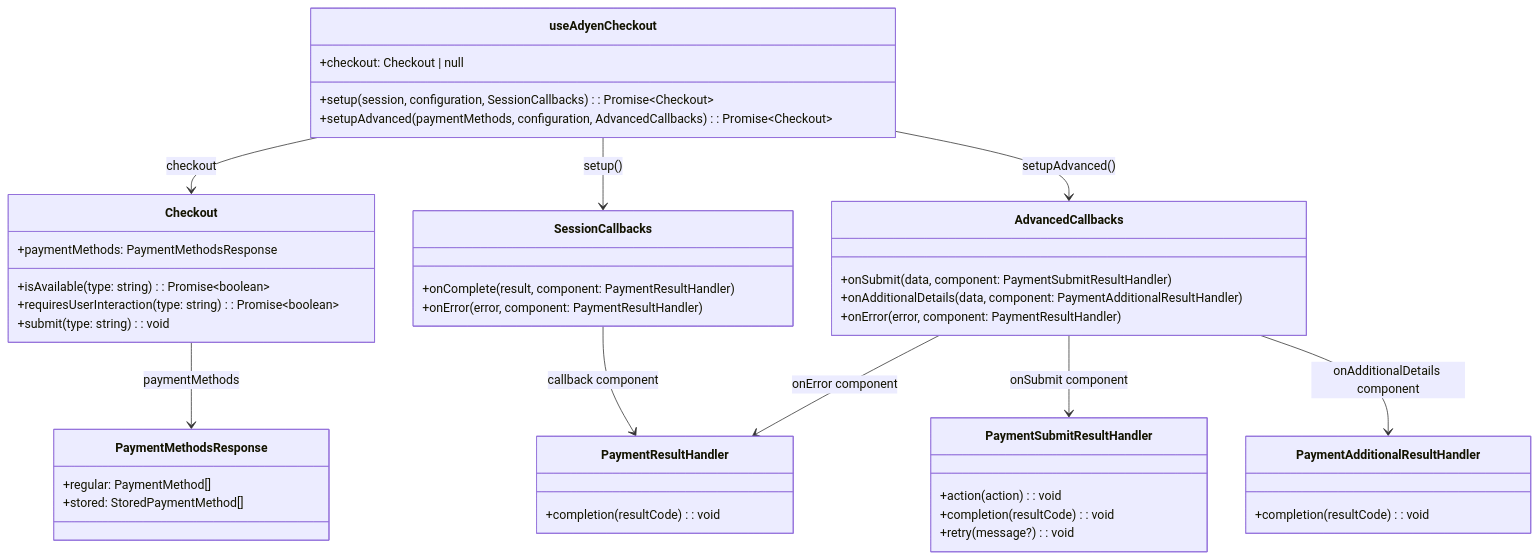
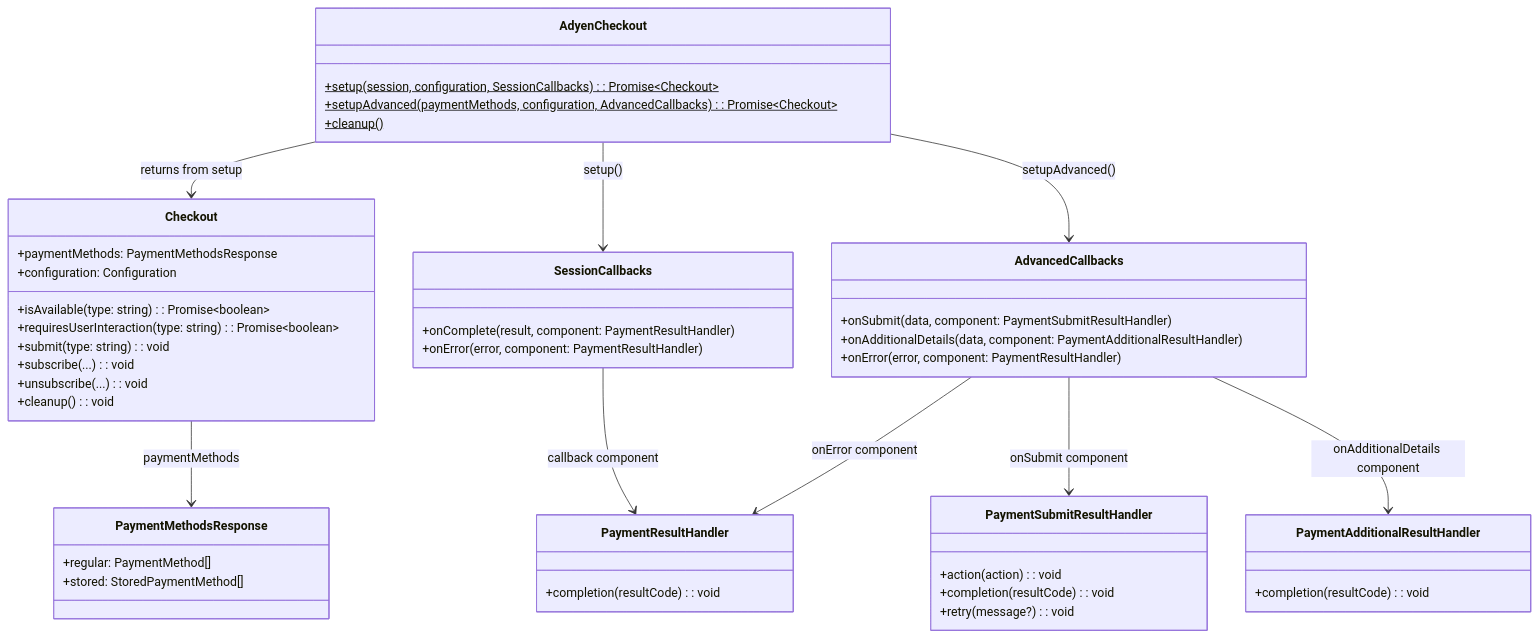
One commit to Adyen/adyen-react-native changed the first of 7 diagrams in docs/v6-public-api-proposal.md. Above: the diagram before and after it, drawn with Mermaid. The commit also changed other lines of this file and 26 other files, not shown here.

First line of the commit message:
refactor: replace AdyenCheckout provider with static API (Option B)

````diff
--- a/docs/v6-public-api-proposal.md
+++ b/docs/v6-public-api-proposal.md
@@ -7,54 +7,58 @@
 ```mermaid
 classDiagram
-    class useAdyenCheckout {
-        +setup(session, configuration, SessionCallbacks): Promise~Checkout~
-        +setupAdvanced(paymentMethods, configuration, AdvancedCallbacks): Promise~Checkout~
-        +checkout: Checkout | null
+    class AdyenCheckout {
+        +setup(session, configuration, SessionCallbacks): Promise~Checkout~$
+        +setupAdvanced(paymentMethods, configuration, AdvancedCallbacks): Promise~Checkout~$
+        +cleanup()$
     }
 
     class Checkout {
         +paymentMethods: PaymentMethodsResponse
+        +configuration: Configuration
         +isAvailable(type: string): Promise~boolean~
         +requiresUserInteraction(type: string): Promise~boolean~
         +submit(type: string): void
+        +subscribe(...): void
+        +unsubscribe(...): void
+        +cleanup(): void
     }
 
     class PaymentMethodsResponse {
         +regular: PaymentMethod[]
         +stored: StoredPaymentMethod[]
     }
 
     class SessionCallbacks {
         +onComplete(result, component: PaymentResultHandler)
         +onError(error, component: PaymentResultHandler)
     }
 
     class AdvancedCallbacks {
         +onSubmit(data, component: PaymentSubmitResultHandler)
         +onAdditionalDetails(data, component: PaymentAdditionalResultHandler)
         +onError(error, component: PaymentResultHandler)
     }
 
     class PaymentSubmitResultHandler {
         +action(action): void
         +completion(resultCode): void
         +retry(message?): void
     }
 
     class PaymentAdditionalResultHandler {
         +completion(resultCode): void
     }
 
     class PaymentResultHandler {
         +completion(resultCode): void
     }
 
-    useAdyenCheckout --> Checkout : checkout
+    AdyenCheckout --> Checkout : returns from setup
     Checkout --> PaymentMethodsResponse : paymentMethods
-    useAdyenCheckout --> SessionCallbacks : setup()
-    useAdyenCheckout --> AdvancedCallbacks : setupAdvanced()
+    AdyenCheckout --> SessionCallbacks : setup()
+    AdyenCheckout --> AdvancedCallbacks : setupAdvanced()
     AdvancedCallbacks --> PaymentSubmitResultHandler : onSubmit component
     AdvancedCallbacks --> PaymentAdditionalResultHandler : onAdditionalDetails component
     SessionCallbacks --> PaymentResultHandler : callback component
     AdvancedCallbacks --> PaymentResultHandler : onError component
 ```
````
